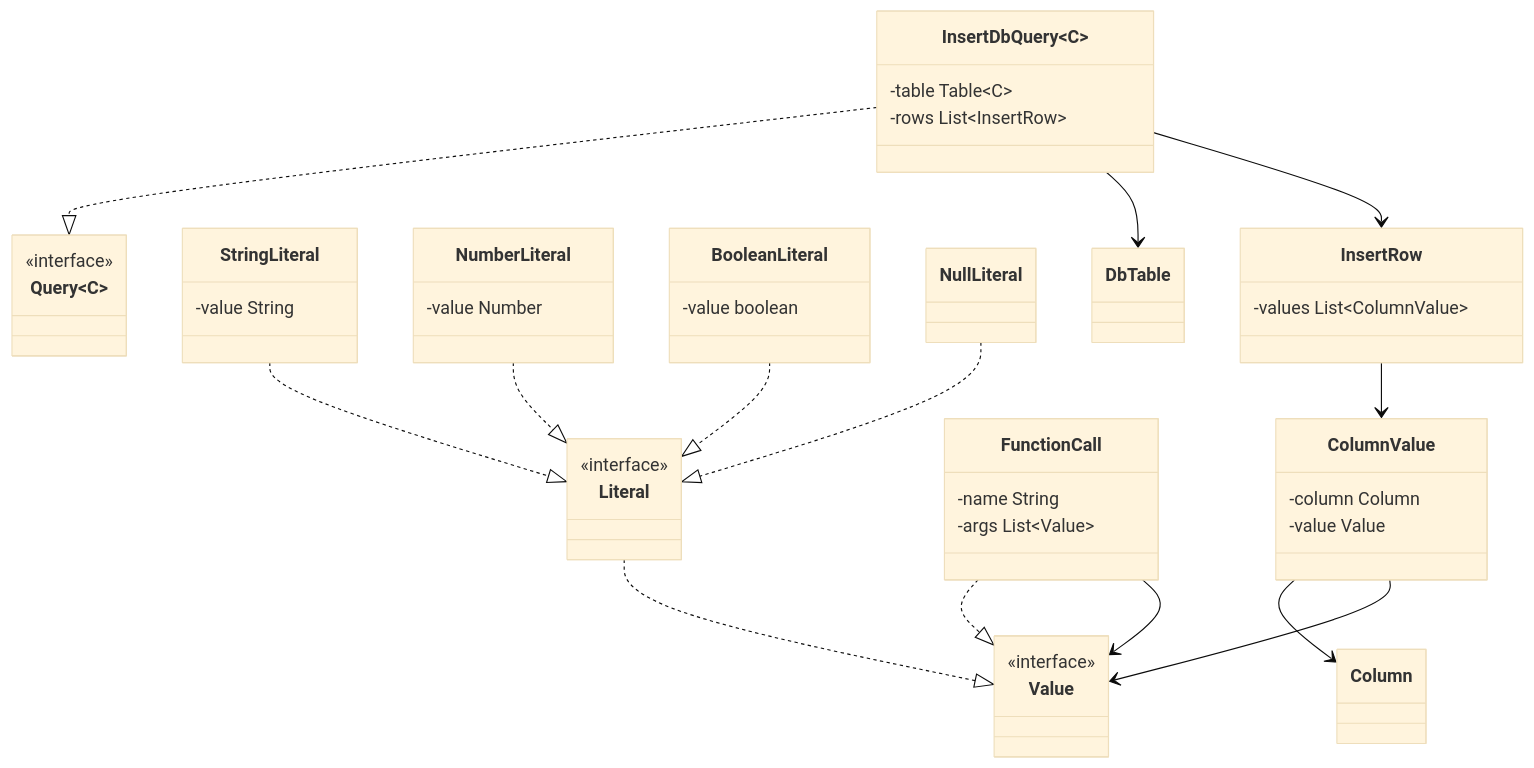
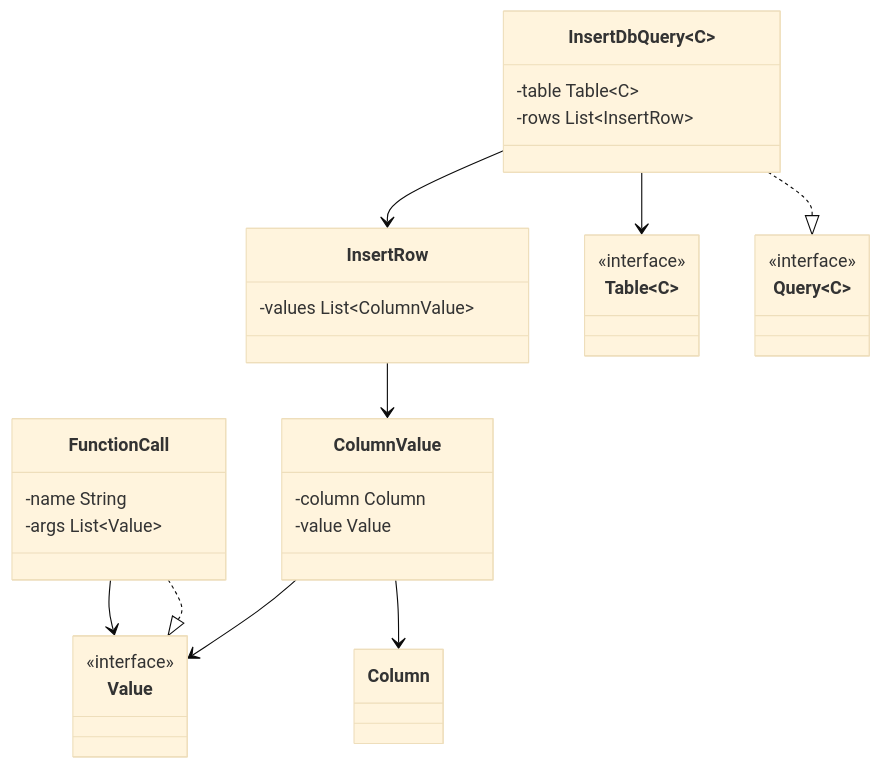
The eighth of 9 diagrams in docs/domain.md (safarislava/QueryBricks), drawn with Mermaid (base theme) before and after one commit. The commit also changed other lines of this file, not shown here.

Commit message:
docs: Add update query

````diff
--- a/docs/domain.md
+++ b/docs/domain.md
@@ -157,60 +187,42 @@
 ```mermaid
 classDiagram
+    class Table~C~ {
+        <<interface>>
+    }
+    
     class Query~C~ {
         <<interface>>
     }
 
     class Value {
         <<interface>>
     }
-
-    class Literal {
-        <<interface>>
-    }
-    Literal ..|> Value
-
-    class StringLiteral {
-        -value String
-    }
-    StringLiteral ..|> Literal
-
-    class NumberLiteral {
-        -value Number
-    }
-    NumberLiteral ..|> Literal
-
-    class BooleanLiteral {
-        -value boolean
-    }
-    BooleanLiteral ..|> Literal
-
-    class NullLiteral
-    NullLiteral ..|> Literal
 
     class FunctionCall {
         -name String
         -args List~Value~
     }
     FunctionCall ..|> Value
     FunctionCall --> Value
 
     class ColumnValue {
         -column Column
         -value Value
     }
     ColumnValue --> Column
     ColumnValue --> Value
 
     class InsertRow {
         -values List~ColumnValue~
     }
     InsertRow --> ColumnValue
 
     class InsertDbQuery~C~ {
         -table Table~C~
         -rows List~InsertRow~
     }
     InsertDbQuery ..|> Query
-    InsertDbQuery --> DbTable
+    InsertDbQuery --> Table
     InsertDbQuery --> InsertRow
+
 ```
````
